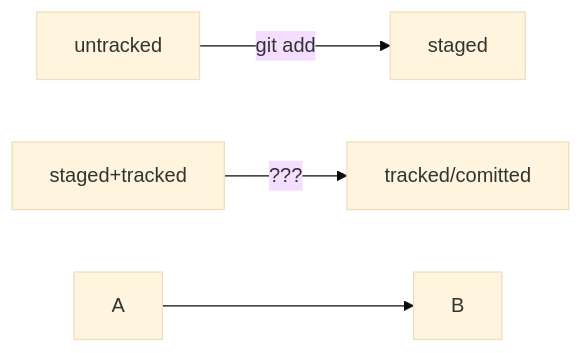
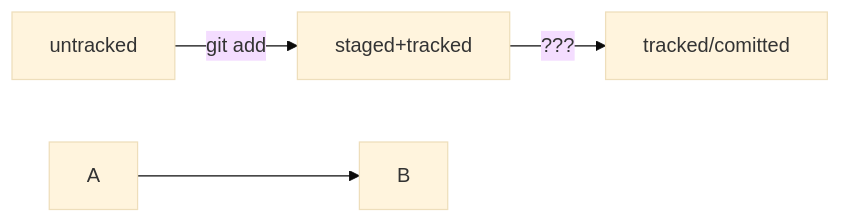
One commit to SergeyVolko/git-status-lesson changed the diagram in README.md. Above: the diagram before and after it, drawn with Mermaid (base theme).

Commit message:
Работа с диаграммой №8

````diff
--- a/README.md
+++ b/README.md
@@ -23,8 +23,8 @@
 ```mermaid
 graph LR;
-  untracked -- "git add" --> staged;
+  untracked -- "git add" --> staged+tracked;
   staged+tracked    -- "???"     --> tracked/comitted;
 
 %% стрелка без текста для примера: 
   A --> B;
 ``` 
````
